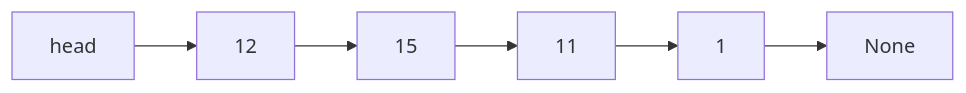
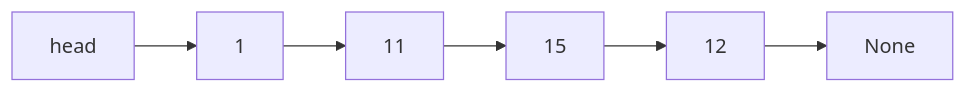
One commit to fabricelallemand15/quarto_TNSI changed the diagram in 02-structures/listes_cours.qmd. Above: the diagram before and after it, drawn with Mermaid. The commit also changed 3 other files, not shown here.

Commit message:
correctif figure cours listes

````diff
--- a/02-structures/listes_cours.qmd
+++ b/02-structures/listes_cours.qmd
@@ -157,4 +157,4 @@
 ```{mermaid}
 graph LR
-    H["head"] --> C1["12"] --> C2["15"] --> C3["11"] --> C4["1"] --> N["None"]
+    H["head"] --> C1["1"] --> C2["11"] --> C3["15"] --> C4["12"] --> N["None"]
 ```
````
